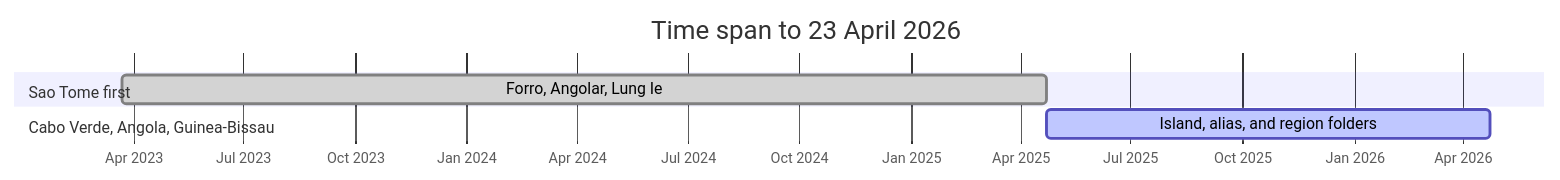
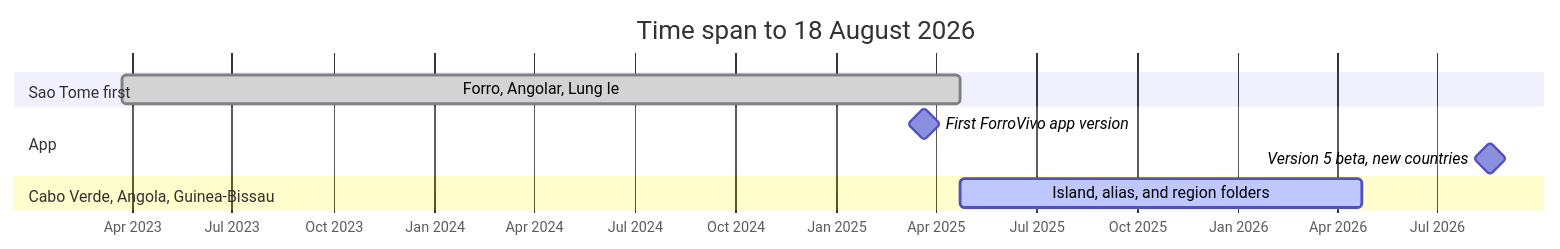
The first of 2 diagrams in README.md (Forrovivo/LINGUISTIC-RESEARCH-Forro-Vivo-), drawn with Mermaid before and after one commit. The commit also changed other lines of this file and 1 other file, not shown here.

Commit message:
Log the first ForroVivo app launch and version 5 beta on the named-date roadmap.

````diff
--- a/README.md
+++ b/README.md
@@ -258,10 +263,13 @@
 ```mermaid
 gantt
-    title Time span to 23 April 2026
+    title Time span to 18 August 2026
     dateFormat YYYY-MM-DD
     axisFormat %b %Y
     section Sao Tome first
     Forro, Angolar, Lung Ie           :done, stp, 2023-03-23, 2025-04-23
+    section App
+    First ForroVivo app version       :milestone, app1, 2025-03-22, 0d
+    Version 5 beta, new countries     :milestone, app5, 2026-08-18, 0d
     section Cabo Verde, Angola, Guinea-Bissau
     Island, alias, and region folders :active, cvg, 2025-04-23, 2026-04-23
 ```
````
